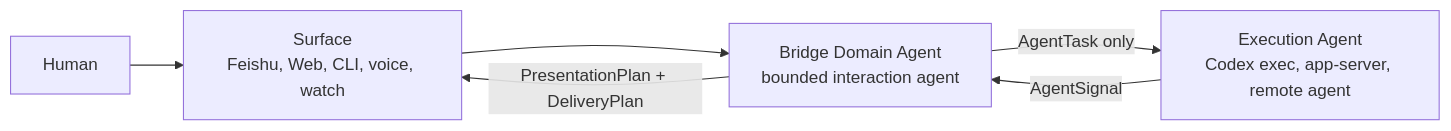
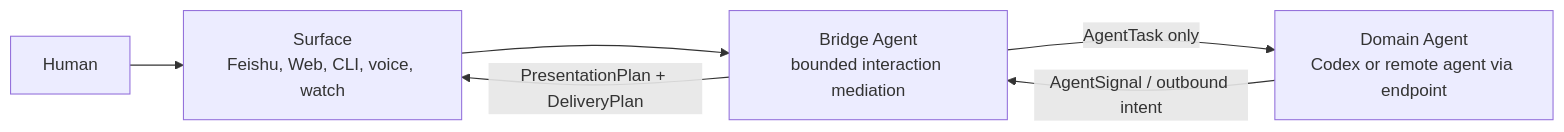
The first of 2 diagrams in architecture/agentic-ontology.md (cloudsbeyond/agent-interaction-bridge), drawn with Mermaid before and after one commit. The commit also changed other lines of this file and 89 other files, not shown here.

First line of the commit message:
feat: formalize bounded domain-agent interaction (#4)

````diff
--- a/architecture/agentic-ontology.md
+++ b/architecture/agentic-ontology.md
@@ -139,12 +147,12 @@
 ```mermaid
 flowchart LR
   human["Human"]
   surface["Surface<br/>Feishu, Web, CLI, voice, watch"]
-  bridge["Bridge Domain Agent<br/>bounded interaction agent"]
-  endpoint["Execution Agent<br/>Codex exec, app-server, remote agent"]
+  bridge["Bridge Agent<br/>bounded interaction mediation"]
+  endpoint["Domain Agent<br/>Codex or remote agent via endpoint"]
 
   human --> surface --> bridge
   bridge -->|"AgentTask only"| endpoint
-  endpoint -->|"AgentSignal"| bridge
+  endpoint -->|"AgentSignal / outbound intent"| bridge
   bridge -->|"PresentationPlan + DeliveryPlan"| surface
 ```
````
